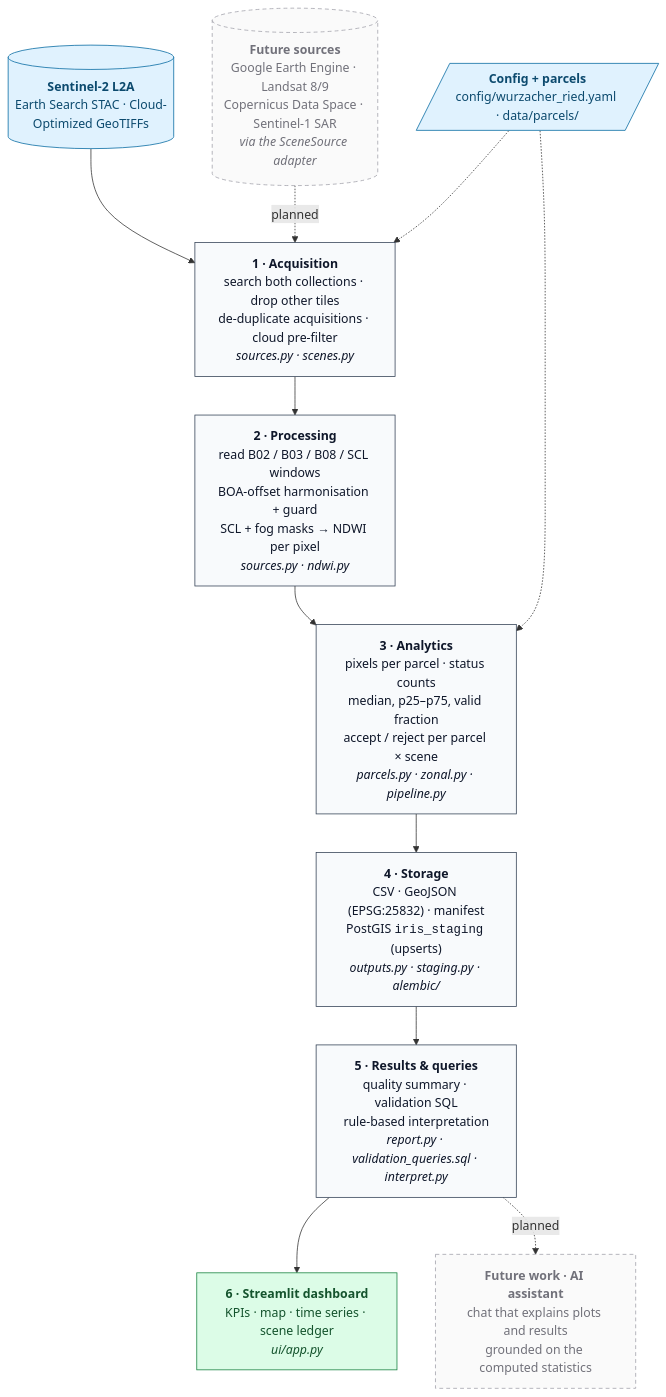
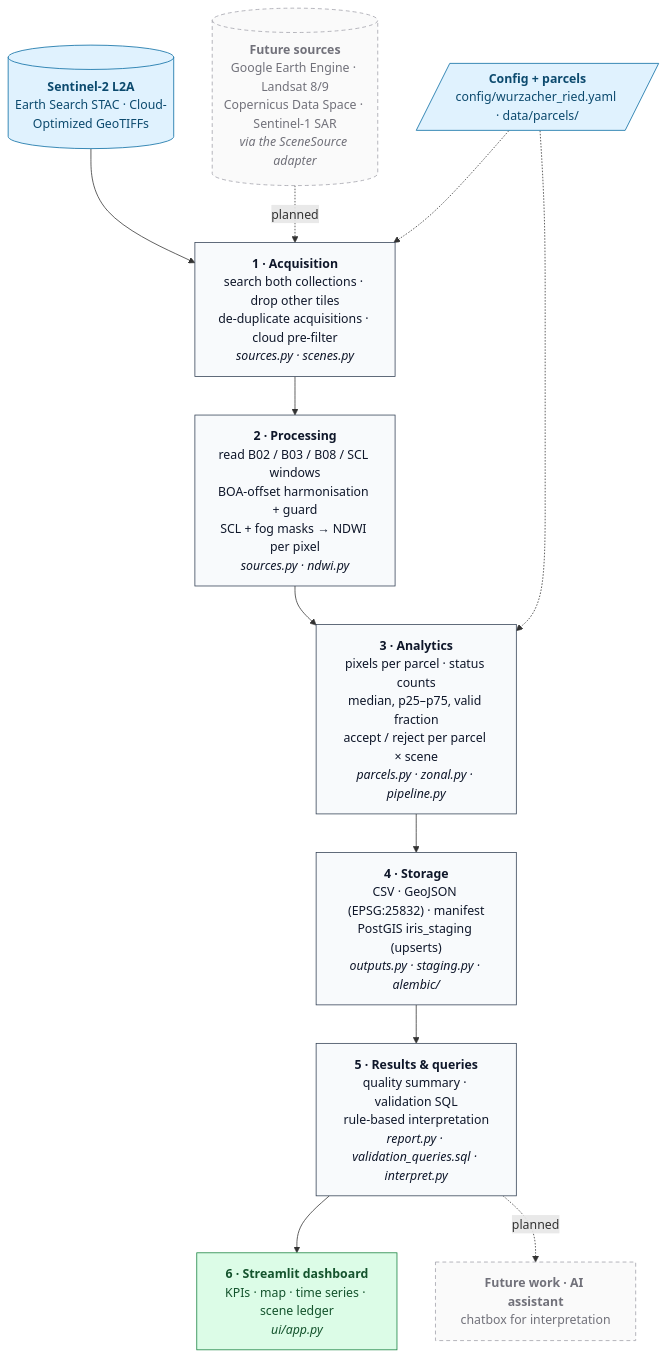
Before and after one commit to SomayehAhmadpour/Peatland-Moisture-Index: the diagram in README.md, drawn with Mermaid.

Commit message:
Workflow diagram: Arial font, shorter AI assistant label

````diff
--- a/README.md
+++ b/README.md
@@ -18,29 +18,30 @@
 ```mermaid
+%%{init: {"fontFamily": "Arial, Helvetica, sans-serif", "themeVariables": {"fontFamily": "Arial, Helvetica, sans-serif"}}}%%
 flowchart TD
     S2[("<b>Sentinel-2 L2A</b><br/>Earth Search STAC · Cloud-Optimized GeoTIFFs")]
     FUTSRC[("<b>Future sources</b><br/>Google Earth Engine · Landsat 8/9<br/>Copernicus Data Space · Sentinel-1 SAR<br/><i>via the SceneSource adapter</i>")]
     CFG[/"<b>Config + parcels</b><br/>config/wurzacher_ried.yaml · data/parcels/"/]
 
     ACQ["<b>1 · Acquisition</b><br/>search both collections · drop other tiles<br/>de-duplicate acquisitions · cloud pre-filter<br/><i>sources.py · scenes.py</i>"]
     PRO["<b>2 · Processing</b><br/>read B02 / B03 / B08 / SCL windows<br/>BOA-offset harmonisation + guard<br/>SCL + fog masks → NDWI per pixel<br/><i>sources.py · ndwi.py</i>"]
     ANA["<b>3 · Analytics</b><br/>pixels per parcel · status counts<br/>median, p25–p75, valid fraction<br/>accept / reject per parcel × scene<br/><i>parcels.py · zonal.py · pipeline.py</i>"]
-    STO["<b>4 · Storage</b><br/>CSV · GeoJSON (EPSG:25832) · manifest<br/>PostGIS <code>iris_staging</code> (upserts)<br/><i>outputs.py · staging.py · alembic/</i>"]
+    STO["<b>4 · Storage</b><br/>CSV · GeoJSON (EPSG:25832) · manifest<br/>PostGIS iris_staging (upserts)<br/><i>outputs.py · staging.py · alembic/</i>"]
     SRV["<b>5 · Results & queries</b><br/>quality summary · validation SQL<br/>rule-based interpretation<br/><i>report.py · validation_queries.sql · interpret.py</i>"]
     UI["<b>6 · Streamlit dashboard</b><br/>KPIs · map · time series · scene ledger<br/><i>ui/app.py</i>"]
-    FUTAI["<b>Future work · AI assistant</b><br/>chat that explains plots and results<br/>grounded on the computed statistics"]
+    FUTAI["<b>Future work · AI assistant</b><br/>chatbox for interpretation"]
 
     S2 --> ACQ --> PRO --> ANA --> STO --> SRV --> UI
     CFG -.-> ACQ
     CFG -.-> ANA
     FUTSRC -.->|planned| ACQ
     SRV -.->|planned| FUTAI
 
     classDef source fill:#e0f2fe,stroke:#0369a1,color:#0c4a6e
     classDef stage fill:#f8fafc,stroke:#334155,color:#0f172a
     classDef ui fill:#dcfce7,stroke:#15803d,color:#14532d
     classDef future fill:#fafafa,stroke:#a1a1aa,stroke-dasharray:5 4,color:#71717a
     class S2,CFG source
     class ACQ,PRO,ANA,STO,SRV stage
     class UI ui
     class FUTSRC,FUTAI future
 ```
````
